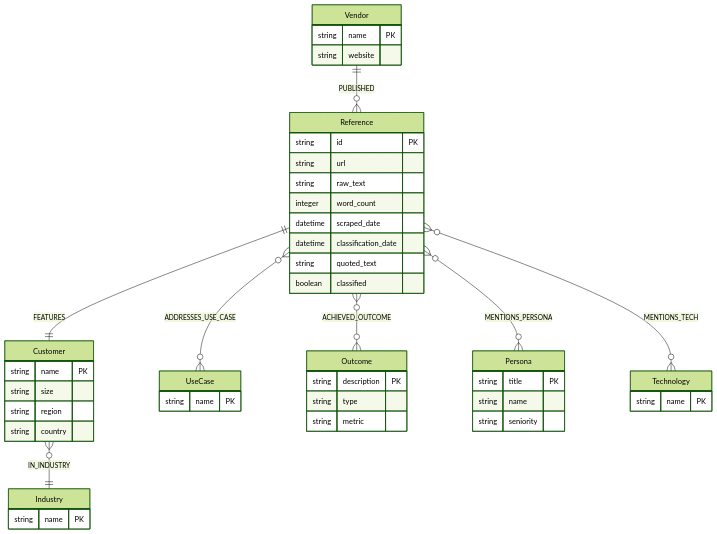
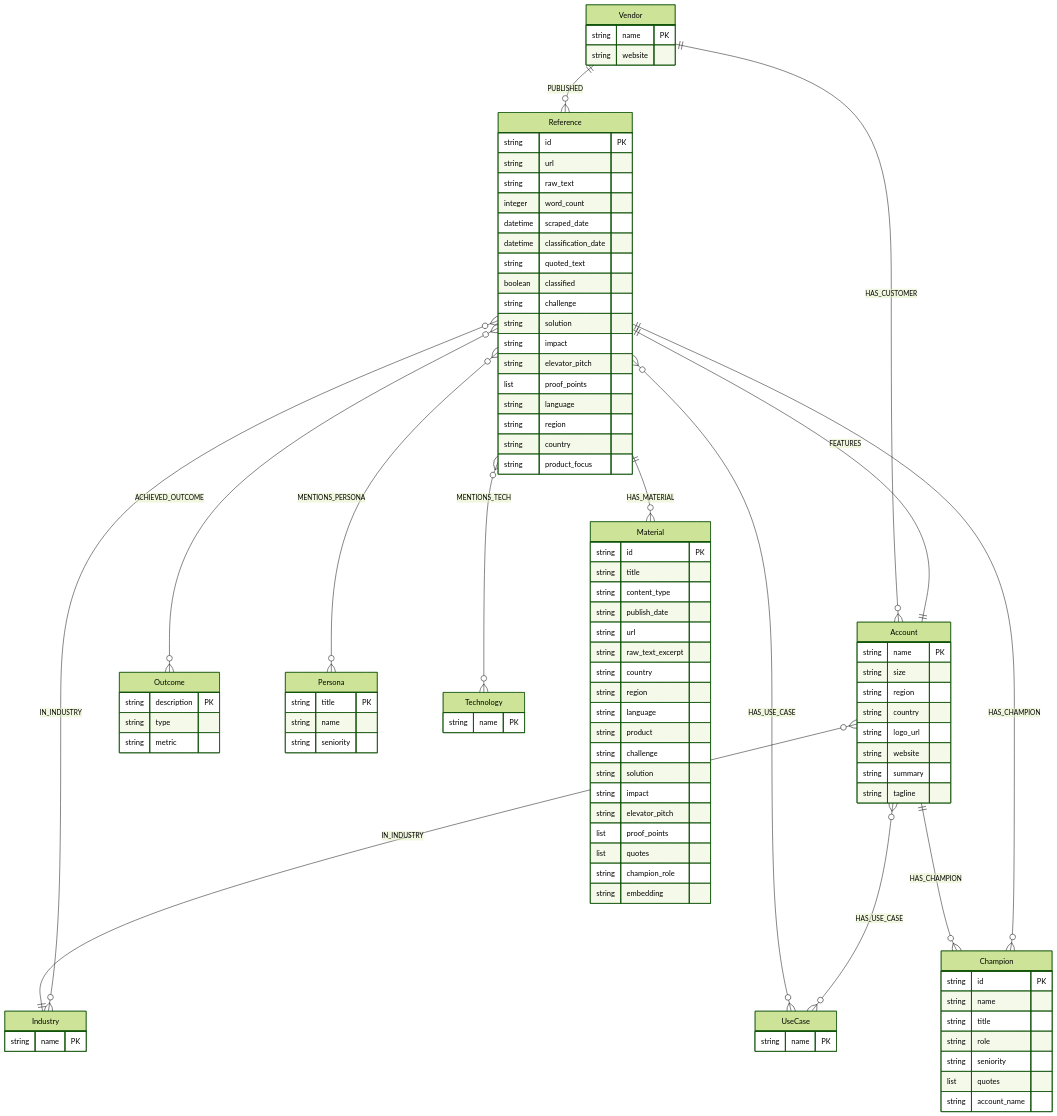
The diagram in README.md (ho3h/Advocacy-Intelligence), drawn with Mermaid (forest theme) before and after one commit. The commit also changed other lines of this file and 42 other files, not shown here.

````diff
--- a/README.md
+++ b/README.md
@@ -223,12 +253,18 @@
 ```mermaid
 erDiagram
     Vendor ||--o{ Reference : PUBLISHED
-    Reference ||--|| Customer : FEATURES
-    Customer }o--|| Industry : IN_INDUSTRY
-    Reference }o--o{ UseCase : ADDRESSES_USE_CASE
+    Vendor ||--o{ Account : HAS_CUSTOMER
+    Reference ||--|| Account : FEATURES
+    Account }o--|| Industry : IN_INDUSTRY
+    Reference }o--o{ Industry : IN_INDUSTRY
+    Reference }o--o{ UseCase : HAS_USE_CASE
+    Account }o--o{ UseCase : HAS_USE_CASE
     Reference }o--o{ Outcome : ACHIEVED_OUTCOME
     Reference }o--o{ Persona : MENTIONS_PERSONA
     Reference }o--o{ Technology : MENTIONS_TECH
+    Account ||--o{ Champion : HAS_CHAMPION
+    Reference ||--o{ Champion : HAS_CHAMPION
+    Reference ||--o{ Material : HAS_MATERIAL
 
     Vendor {
         string name PK
@@ -244,13 +280,57 @@
         datetime classification_date
         string quoted_text
         boolean classified
+        string challenge
+        string solution
+        string impact
+        string elevator_pitch
+        list proof_points
+        string language
+        string region
+        string country
+        string product_focus
     }
     
-    Customer {
+    Account {
         string name PK
         string size
         string region
         string country
+        string logo_url
+        string website
+        string summary
+        string tagline
+    }
+    
+    Champion {
+        string id PK
+        string name
+        string title
+        string role
+        string seniority
+        list quotes
+        string account_name
+    }
+    
+    Material {
+        string id PK
+        string title
+        string content_type
+        string publish_date
+        string url
+        string raw_text_excerpt
+        string country
+        string region
+        string language
+        string product
+        string challenge
+        string solution
+        string impact
+        string elevator_pitch
+        list proof_points
+        list quotes
+        string champion_role
+        string embedding
     }
     
     Industry {
````
